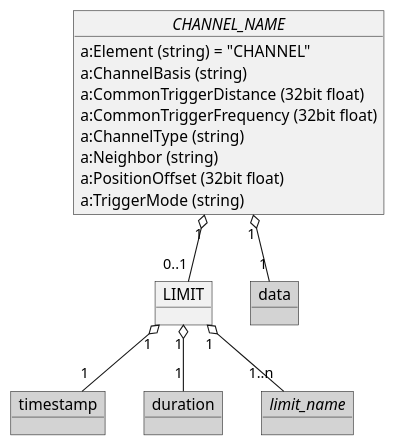
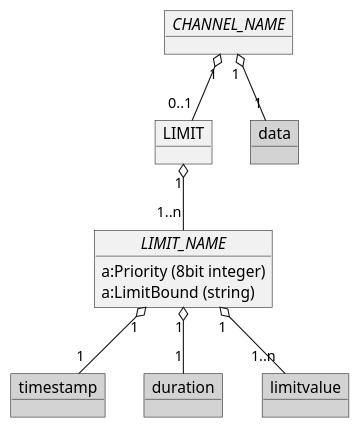
The eighth of 9 diagrams in images.puml (OpenRailAssociation/rcm-dx), drawn with PlantUML before and after one commit. The commit also changed other lines of this file and 5 other files, not shown here.

```diff
--- a/images.puml
+++ b/images.puml
@@ -368,30 +421,24 @@
 @startuml Limit_overview
 
   object LIMIT
 
-  object "//CHANNEL_NAME//" as channel_name {
-    a:Element (string) = "CHANNEL"
-    a:ChannelBasis (string)
-    a:CommonTriggerDistance (32bit float)
-    a:CommonTriggerFrequency (32bit float)
-    a:ChannelType (string)
-    a:Neighbor (string)
-    a:PositionOffset (32bit float)
-    a:TriggerMode (string)
-  }
+  object "//CHANNEL_NAME//" as channel_name
 
   object data #LightGray
   object timestamp #LightGray
   object duration #LightGray
+  object limitvalue #LightGray
 
-  object "//limit_name//" as limit_name #LightGray
-
-' Zu überlegen iwe das abgebildet werden soll mit dem "limit_name" 
+  object "//LIMIT_NAME//" as limit_name {
+    a:Priority (8bit integer)
+    a:LimitBound (string)
+  }
 
   channel_name "1" o-- "1" data
   channel_name "1" o-- "0..1" LIMIT
-  LIMIT "1" o-- "1" timestamp
   LIMIT "1" o-- "1..n" limit_name
-  LIMIT "1" o-- "1" duration
+  limit_name "1" o-- "1" timestamp
+  limit_name "1" o-- "1" duration
+  limit_name "1" o-- "1..n" limitvalue
 
 @enduml
```
